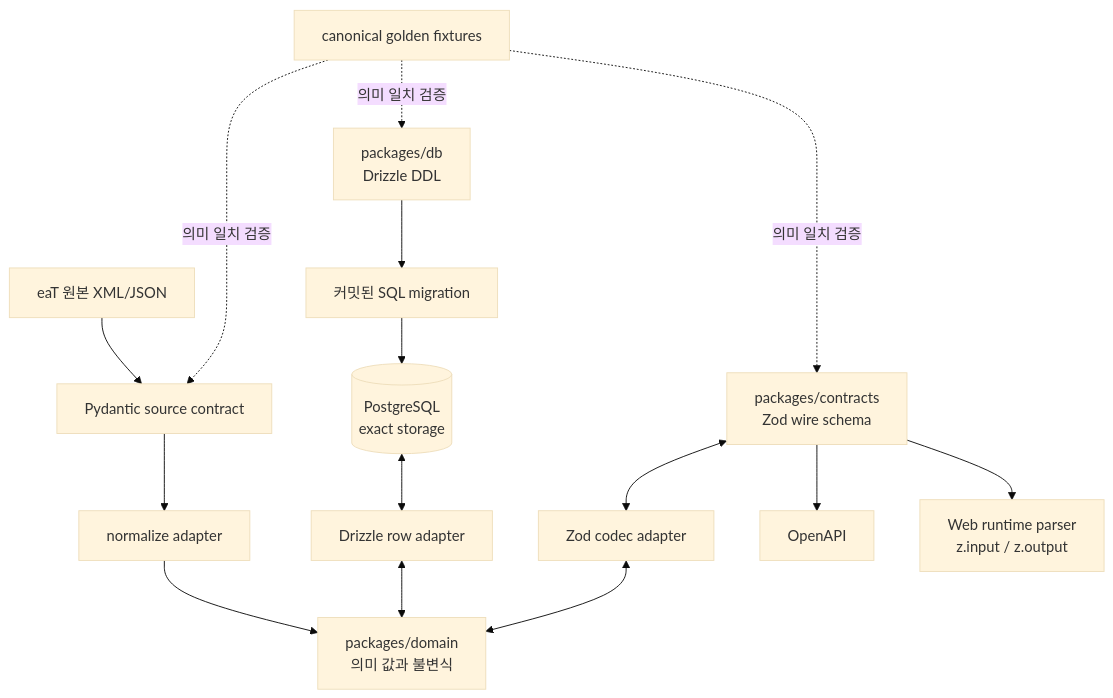
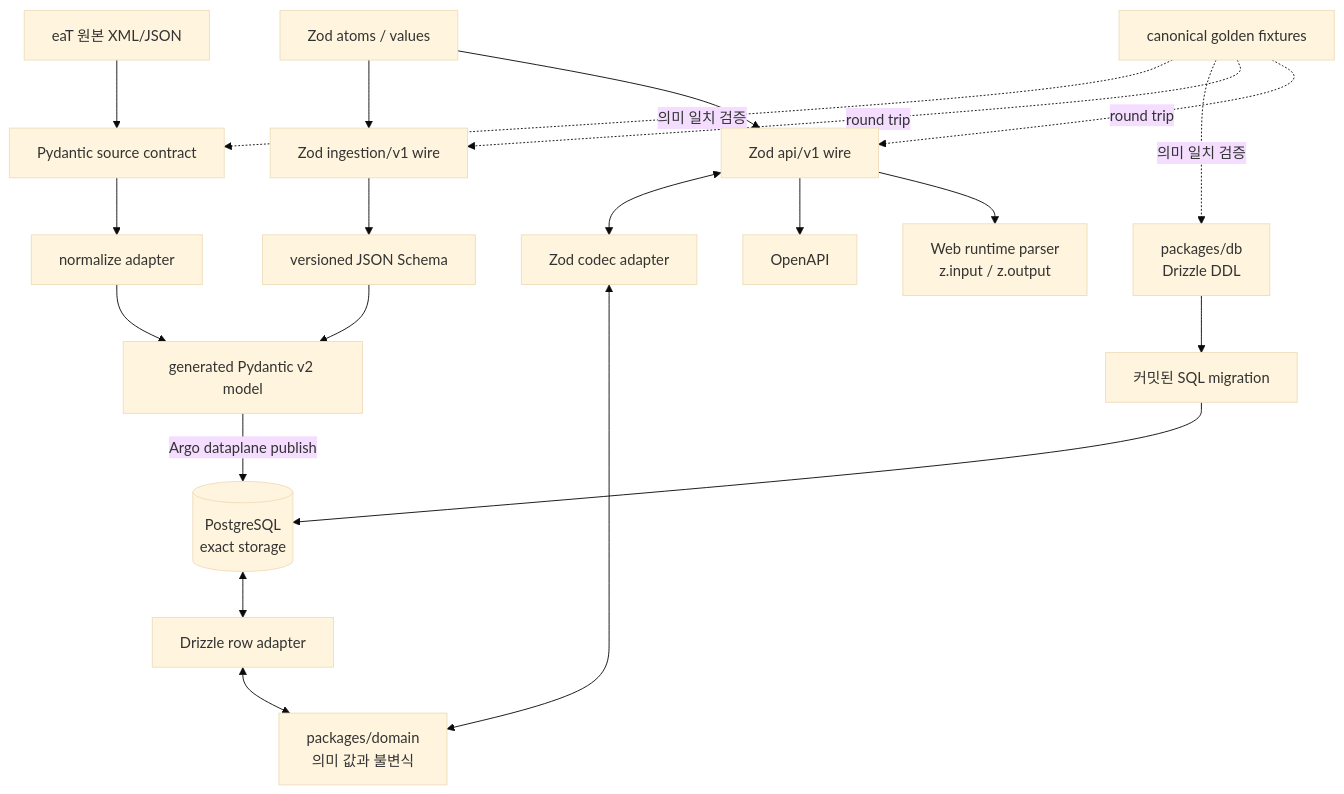
One commit to Lamyzm/eat-bid-service changed the diagram in docs/architecture/time-and-value-contracts.md. Above: the diagram before and after it, drawn with Mermaid (base theme). The commit also changed other lines of this file and 11 other files, not shown here.

Commit message:
docs(architecture): define portable Zod contract hub

````diff
--- a/docs/architecture/time-and-value-contracts.md
+++ b/docs/architecture/time-and-value-contracts.md
@@ -14,20 +14,27 @@
 ```mermaid
 flowchart TB
     source[eaT 원본 XML/JSON] --> pydantic[Pydantic source contract]
     pydantic --> normalize[normalize adapter]
-    normalize --> domain[packages/domain<br/>의미 값과 불변식]
+
+    hub[Zod atoms / values] --> ingestion[Zod ingestion/v1 wire]
+    hub --> apiwire[Zod api/v1 wire]
+    ingestion --> jsonschema[versioned JSON Schema]
+    jsonschema --> pygen[generated Pydantic v2 model]
+    normalize --> pygen
 
     ddl[packages/db<br/>Drizzle DDL] --> migration[커밋된 SQL migration]
     migration --> pg[(PostgreSQL<br/>exact storage)]
+    pygen -->|Argo dataplane publish| pg
     pg <--> row[Drizzle row adapter]
-    row <--> domain
+    row <--> domain[packages/domain<br/>의미 값과 불변식]
 
-    wire[packages/contracts<br/>Zod wire schema] <--> codec[Zod codec adapter]
+    apiwire <--> codec[Zod codec adapter]
     codec <--> domain
-    wire --> openapi[OpenAPI]
-    wire --> client[Web runtime parser<br/>z.input / z.output]
+    apiwire --> openapi[OpenAPI]
+    apiwire --> client[Web runtime parser<br/>z.input / z.output]
 
     fixture[canonical golden fixtures] -. 의미 일치 검증 .-> pydantic
     fixture -. 의미 일치 검증 .-> ddl
-    fixture -. 의미 일치 검증 .-> wire
+    fixture -. round trip .-> ingestion
+    fixture -. round trip .-> apiwire
 ```
````
